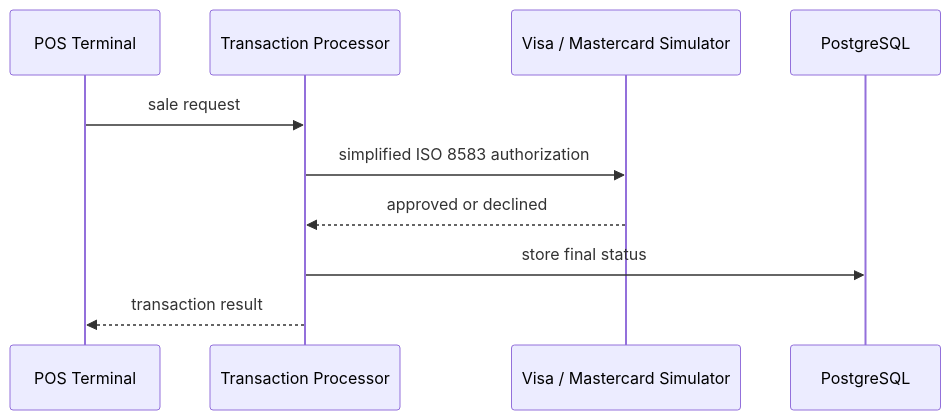
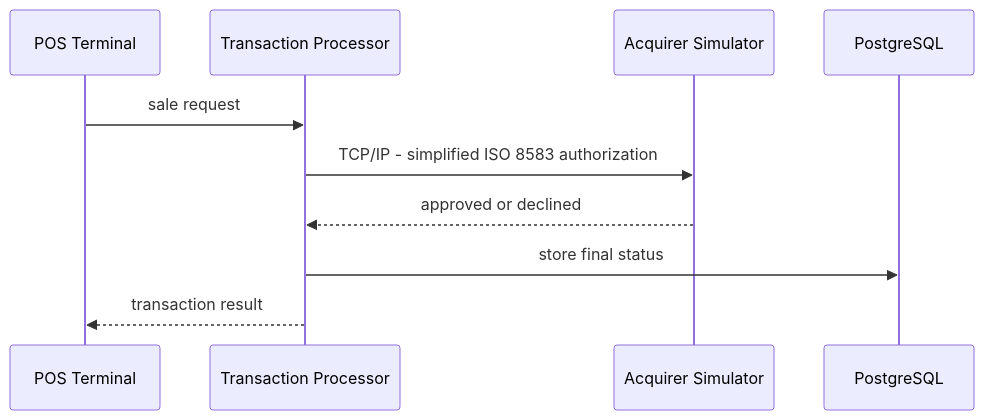
One commit to LucasBrovetto/financial-integration-platform changed the second of 3 diagrams in docs/transaction-flow.md. Above: the diagram before and after it, drawn with Mermaid. The commit also changed other lines of this file and 60 other files, not shown here.

````diff
--- a/docs/transaction-flow.md
+++ b/docs/transaction-flow.md
@@ -25,13 +25,13 @@
 ```mermaid
 sequenceDiagram
     participant POS as POS Terminal
     participant Processor as Transaction Processor
-    participant Acquirer as Visa / Mastercard Simulator
+    participant Acquirer as Acquirer Simulator
     participant DB as PostgreSQL
 
     POS->>Processor: sale request
-    Processor->>Acquirer: simplified ISO 8583 authorization
+    Processor->>Acquirer: TCP/IP - simplified ISO 8583 authorization
     Acquirer-->>Processor: approved or declined
     Processor->>DB: store final status
     Processor-->>POS: transaction result
 ```
````
